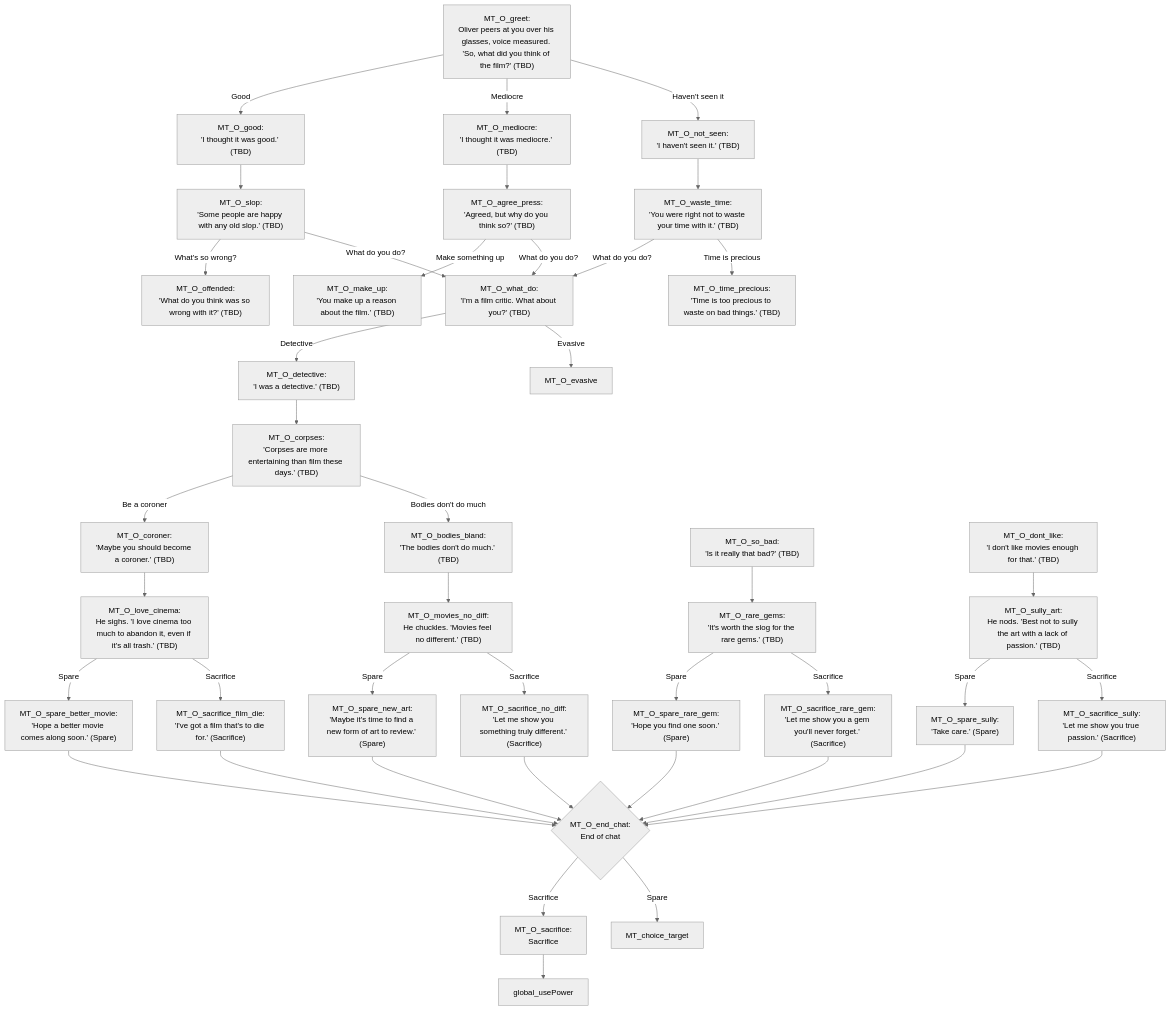
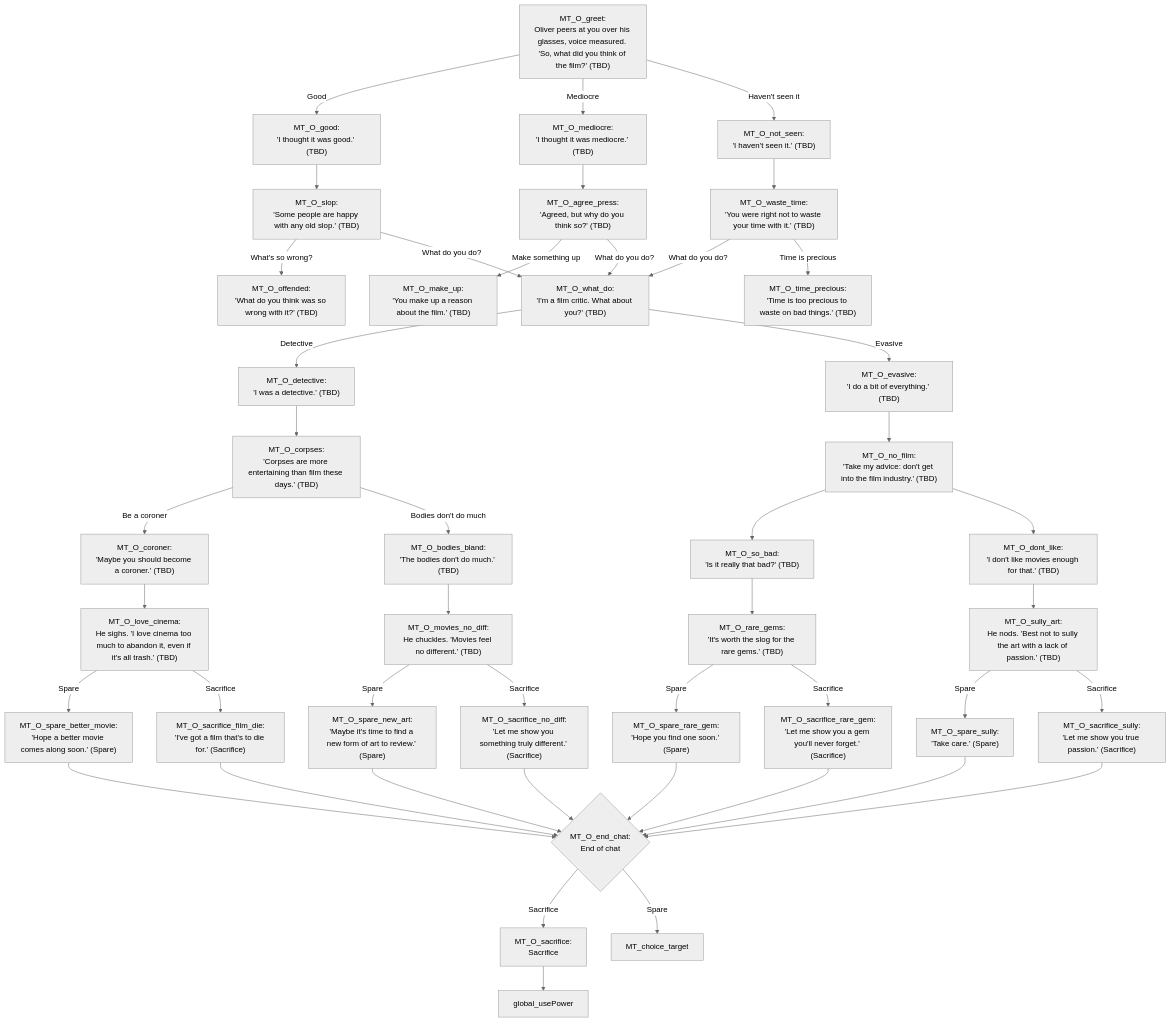
Before and after one commit to ivalace/horror-game-jam-2025: the diagram in Oliver.mmd, drawn with Mermaid (neutral theme). The commit also changed 1 other file, not shown here.

```diff
--- a/Oliver.mmd
+++ b/Oliver.mmd
@@ -1,45 +1,48 @@
 flowchart TD
 direction LR
 MT_O_greet["MT_O_greet:<br/>Oliver peers at you over his glasses, voice measured. 'So, what did you think of the film?' (TBD)"] -->|Good| MT_O_good
 MT_O_greet -->|Mediocre| MT_O_mediocre
 MT_O_greet -->|Haven't seen it| MT_O_not_seen
 MT_O_good["MT_O_good:<br/>'I thought it was good.' (TBD)"] --> MT_O_slop
 MT_O_slop["MT_O_slop:<br/>'Some people are happy with any old slop.' (TBD)"] -->|What's so wrong?| MT_O_offended
 MT_O_slop -->|What do you do?| MT_O_what_do
 MT_O_offended["MT_O_offended:<br/>'What do you think was so wrong with it?' (TBD)"]
 MT_O_agree_press["MT_O_agree_press:<br/>'Agreed, but why do you think so?' (TBD)"] -->|Make something up| MT_O_make_up
 MT_O_agree_press -->|What do you do?| MT_O_what_do
 MT_O_make_up["MT_O_make_up:<br/>'You make up a reason about the film.' (TBD)"]
 MT_O_waste_time["MT_O_waste_time:<br/>'You were right not to waste your time with it.' (TBD)"] -->|What do you do?| MT_O_what_do
 MT_O_waste_time -->|Time is precious| MT_O_time_precious
 MT_O_time_precious["MT_O_time_precious:<br/>'Time is too precious to waste on bad things.' (TBD)"]
 MT_O_mediocre["MT_O_mediocre:<br/>'I thought it was mediocre.' (TBD)"] --> MT_O_agree_press
 MT_O_not_seen["MT_O_not_seen:<br/>'I haven't seen it.' (TBD)"] --> MT_O_waste_time
 MT_O_what_do["MT_O_what_do:<br/>'I'm a film critic. What about you?' (TBD)"] -->|Detective| MT_O_detective
 MT_O_what_do -->|Evasive| MT_O_evasive
 MT_O_detective["MT_O_detective:<br/>'I was a detective.' (TBD)"] --> MT_O_corpses
 MT_O_corpses["MT_O_corpses:<br/>'Corpses are more entertaining than film these days.' (TBD)"] -->|Be a coroner| MT_O_coroner
 MT_O_corpses -->|Bodies don't do much| MT_O_bodies_bland
 MT_O_coroner["MT_O_coroner:<br/>'Maybe you should become a coroner.' (TBD)"] --> MT_O_love_cinema
 MT_O_love_cinema["MT_O_love_cinema:<br/>He sighs. 'I love cinema too much to abandon it, even if it's all trash.' (TBD)"] -->|Spare| MT_O_spare_better_movie
 MT_O_love_cinema -->|Sacrifice| MT_O_sacrifice_film_die
 MT_O_spare_better_movie["MT_O_spare_better_movie:<br/>'Hope a better movie comes along soon.' (Spare)"] --> MT_O_end_chat
 MT_O_spare_new_art["MT_O_spare_new_art:<br/>'Maybe it's time to find a new form of art to review.' (Spare)"] --> MT_O_end_chat
 MT_O_spare_rare_gem["MT_O_spare_rare_gem:<br/>'Hope you find one soon.' (Spare)"] --> MT_O_end_chat
 MT_O_spare_sully["MT_O_spare_sully:<br/>'Take care.' (Spare)"] --> MT_O_end_chat
 MT_O_sacrifice_film_die["MT_O_sacrifice_film_die:<br/>'I've got a film that's to die for.' (Sacrifice)"] --> MT_O_end_chat
 MT_O_sacrifice_no_diff["MT_O_sacrifice_no_diff:<br/>'Let me show you something truly different.' (Sacrifice)"] --> MT_O_end_chat
 MT_O_sacrifice_rare_gem["MT_O_sacrifice_rare_gem:<br/>'Let me show you a gem you'll never forget.' (Sacrifice)"] --> MT_O_end_chat
 MT_O_sacrifice_sully["MT_O_sacrifice_sully:<br/>'Let me show you true passion.' (Sacrifice)"] --> MT_O_end_chat
 MT_O_bodies_bland["MT_O_bodies_bland:<br/>'The bodies don't do much.' (TBD)"] --> MT_O_movies_no_diff
 MT_O_movies_no_diff["MT_O_movies_no_diff:<br/>He chuckles. 'Movies feel no different.' (TBD)"] -->|Spare| MT_O_spare_new_art
 MT_O_movies_no_diff -->|Sacrifice| MT_O_sacrifice_no_diff
 MT_O_so_bad["MT_O_so_bad:<br/>'Is it really that bad?' (TBD)"] --> MT_O_rare_gems
 MT_O_rare_gems["MT_O_rare_gems:<br/>'It's worth the slog for the rare gems.' (TBD)"] -->|Spare| MT_O_spare_rare_gem
 MT_O_rare_gems -->|Sacrifice| MT_O_sacrifice_rare_gem
 MT_O_dont_like["MT_O_dont_like:<br/>'I don't like movies enough for that.' (TBD)"] --> MT_O_sully_art
 MT_O_sully_art["MT_O_sully_art:<br/>He nods. 'Best not to sully the art with a lack of passion.' (TBD)"] -->|Spare| MT_O_spare_sully
 MT_O_sully_art -->|Sacrifice| MT_O_sacrifice_sully
 MT_O_end_chat{"MT_O_end_chat:<br/>End of chat"} -->|Sacrifice| MT_O_sacrifice
 MT_O_end_chat -->|Spare| MT_choice_target
 MT_O_sacrifice["MT_O_sacrifice:<br/>Sacrifice"] --> global_usePower
+MT_O_evasive["MT_O_evasive:<br/>'I do a bit of everything.' (TBD)"] --> MT_O_no_film
+MT_O_no_film["MT_O_no_film:<br/>'Take my advice: don't get into the film industry.' (TBD)"] --> MT_O_so_bad
+MT_O_no_film --> MT_O_dont_like
```
